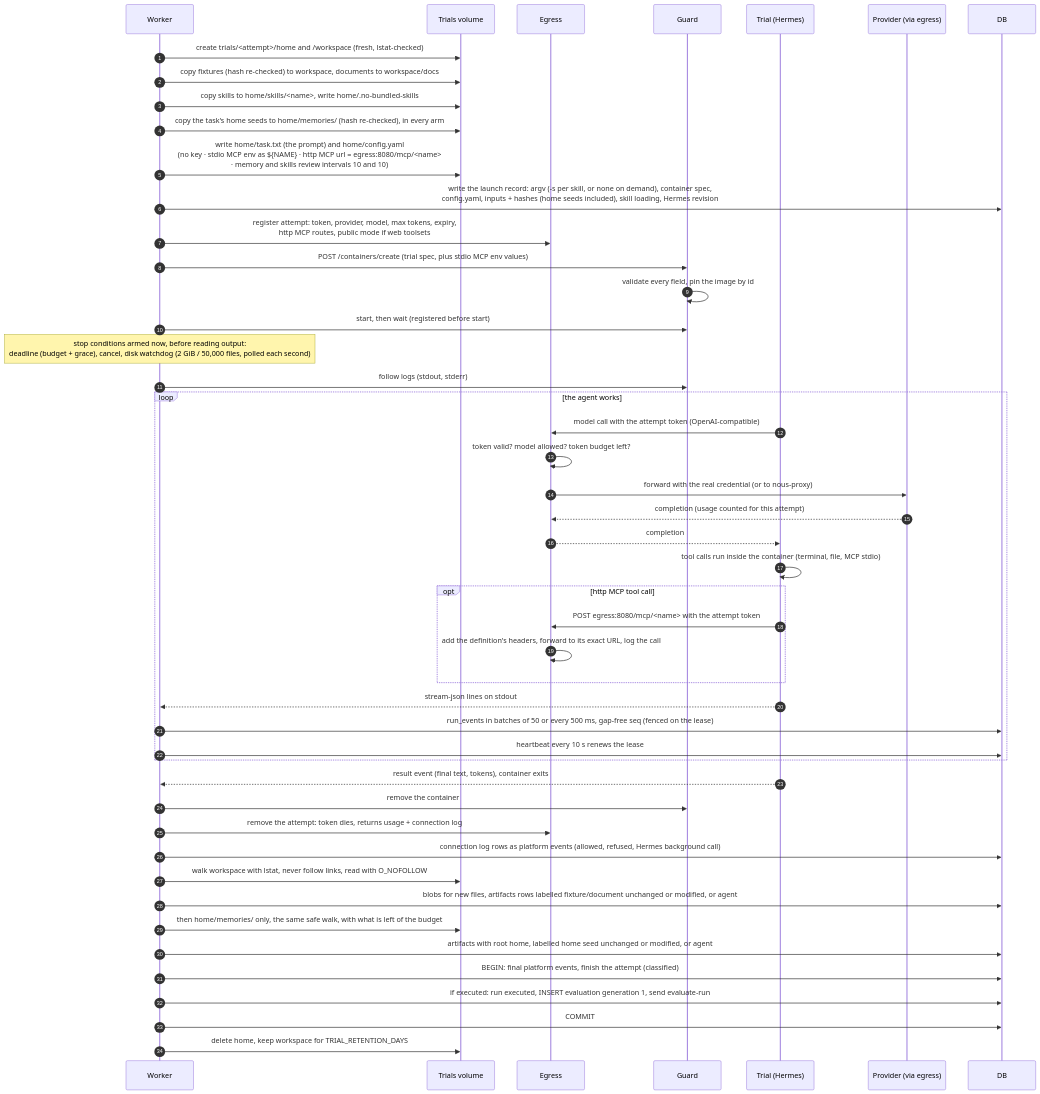
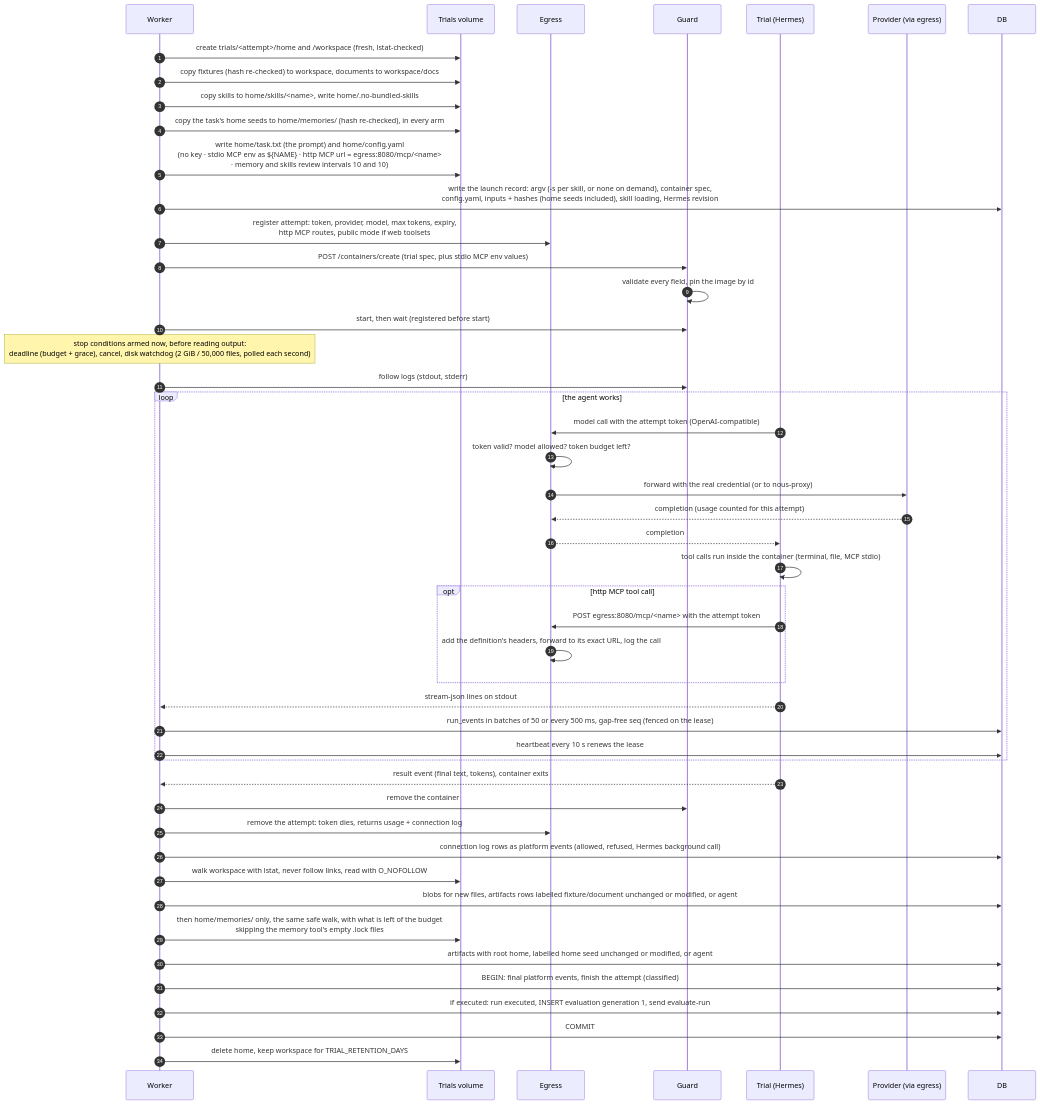
Diagram 27 of 38 in UI_FLOWS.md (sasuke007/hermes-evals), drawn with Mermaid before and after one commit. The commit also changed other lines of this file and 230 other files, not shown here.

````diff
--- a/UI_FLOWS.md
+++ b/UI_FLOWS.md
@@ -980,51 +980,51 @@
 ```mermaid
 sequenceDiagram
   autonumber
   participant WK as Worker
   participant V as Trials volume
   participant E as Egress
   participant G as Guard
   participant T as Trial (Hermes)
   participant P as Provider (via egress)
   participant DB as DB
 
   WK->>V: create trials/<attempt>/home and /workspace (fresh, lstat-checked)
   WK->>V: copy fixtures (hash re-checked) to workspace, documents to workspace/docs
   WK->>V: copy skills to home/skills/<name>, write home/.no-bundled-skills
   WK->>V: copy the task's home seeds to home/memories/ (hash re-checked), in every arm
   WK->>V: write home/task.txt (the prompt) and home/config.yaml<br/>(no key · stdio MCP env as ${NAME} · http MCP url = egress:8080/mcp/<name><br/>· memory and skills review intervals 10 and 10)
   WK->>DB: write the launch record: argv (-s per skill, or none on demand), container spec,<br/>config.yaml, inputs + hashes (home seeds included), skill loading, Hermes revision
   WK->>E: register attempt: token, provider, model, max tokens, expiry,<br/>http MCP routes, public mode if web toolsets
   WK->>G: POST /containers/create (trial spec, plus stdio MCP env values)
   G->>G: validate every field, pin the image by id
   WK->>G: start, then wait (registered before start)
   Note over WK: stop conditions armed now, before reading output:<br/>deadline (budget + grace), cancel, disk watchdog (2 GiB / 50,000 files, polled each second)
   WK->>G: follow logs (stdout, stderr)
   loop the agent works
     T->>E: model call with the attempt token (OpenAI-compatible)
     E->>E: token valid? model allowed? token budget left?
     E->>P: forward with the real credential (or to nous-proxy)
     P-->>E: completion (usage counted for this attempt)
     E-->>T: completion
     T->>T: tool calls run inside the container (terminal, file, MCP stdio)
     opt http MCP tool call
       T->>E: POST egress:8080/mcp/<name> with the attempt token
       E->>E: add the definition's headers, forward to its exact URL, log the call
     end
     T-->>WK: stream-json lines on stdout
     WK->>DB: run_events in batches of 50 or every 500 ms, gap-free seq (fenced on the lease)
     WK->>DB: heartbeat every 10 s renews the lease
   end
   T-->>WK: result event (final text, tokens), container exits
   WK->>G: remove the container
   WK->>E: remove the attempt: token dies, returns usage + connection log
   WK->>DB: connection log rows as platform events (allowed, refused, Hermes background call)
   WK->>V: walk workspace with lstat, never follow links, read with O_NOFOLLOW
   WK->>DB: blobs for new files, artifacts rows labelled fixture/document unchanged or modified, or agent
-  WK->>V: then home/memories/ only, the same safe walk, with what is left of the budget
+  WK->>V: then home/memories/ only, the same safe walk, with what is left of the budget<br/>skipping the memory tool's empty .lock files
   WK->>DB: artifacts with root home, labelled home seed unchanged or modified, or agent
   WK->>DB: BEGIN: final platform events, finish the attempt (classified)
   WK->>DB: if executed: run executed, INSERT evaluation generation 1, send evaluate-run
   WK->>DB: COMMIT
   WK->>V: delete home, keep workspace for TRIAL_RETENTION_DAYS
 ```
````
